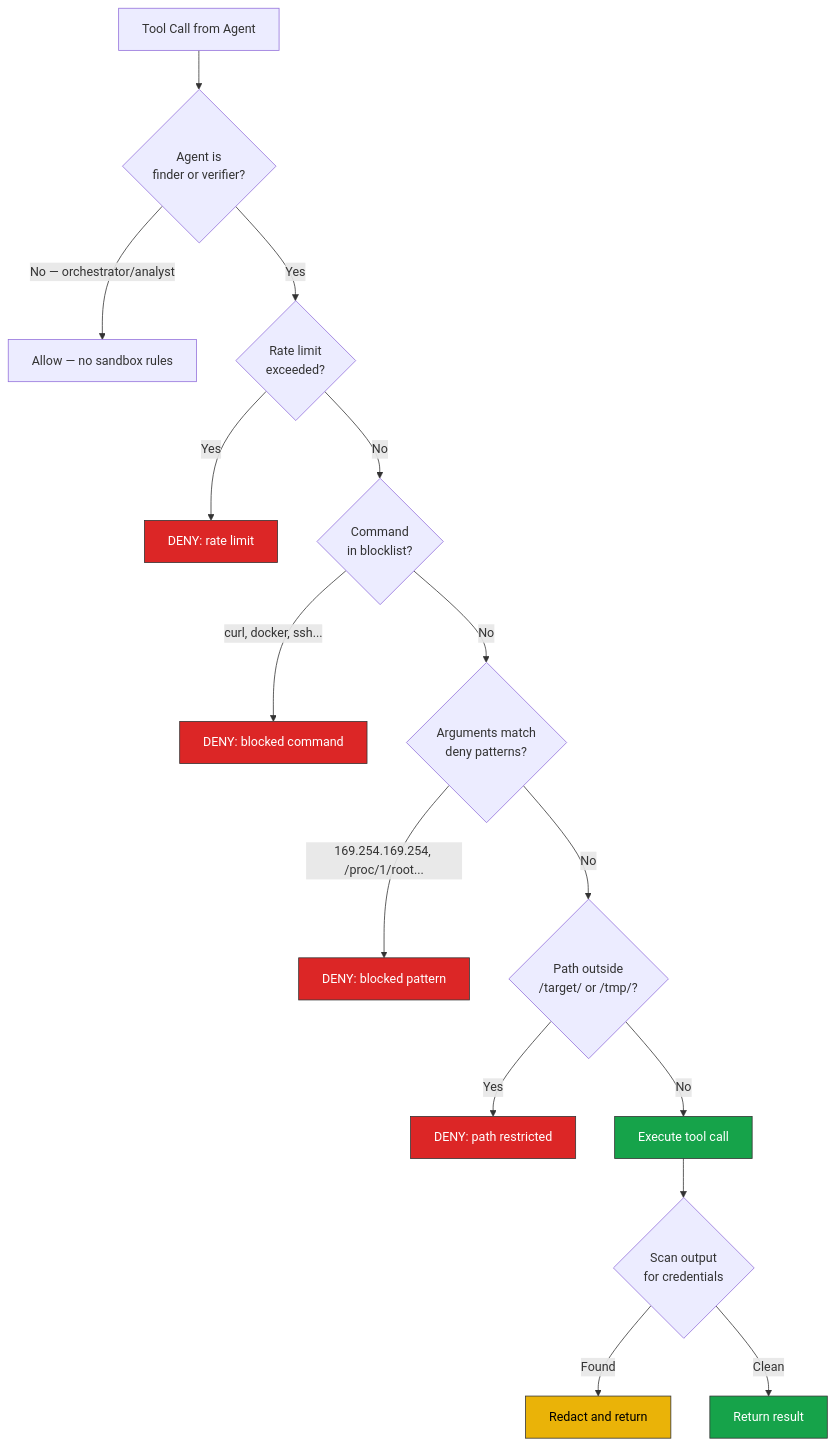
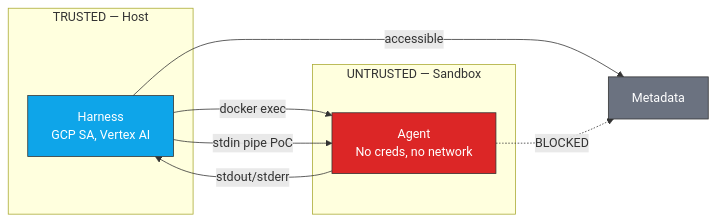
The fifth of 6 diagrams in agentic-harness/FLOW.md (prashantkul/anthropic-mythos-on-gcp), drawn with Mermaid before and after one commit. The commit also changed other lines of this file and 7 other files, not shown here.

First line of the commit message:
Merge HARNESS-DESIGN into FLOW.md, consistent structure across harnesses

````diff
--- a/agentic-harness/FLOW.md
+++ b/agentic-harness/FLOW.md
@@ -210,31 +153,20 @@
 ```mermaid
-graph TB
-    CALL[Tool Call from Agent] --> CHECK_AGENT{Agent is\nfinder or verifier?}
+graph LR
+    subgraph "TRUSTED — Host"
+        H[Harness\nGCP SA, Vertex AI]
+    end
+    subgraph "UNTRUSTED — Sandbox"
+        S[Agent\nNo creds, no network]
+    end
 
-    CHECK_AGENT -->|No — orchestrator/analyst| ALLOW[Allow — no sandbox rules]
-    CHECK_AGENT -->|Yes| CHECK_RATE{Rate limit\nexceeded?}
+    H -->|docker exec| S
+    S -->|stdout/stderr| H
+    H -->|stdin pipe PoC| S
 
-    CHECK_RATE -->|Yes| DENY1[DENY: rate limit]
-    CHECK_RATE -->|No| CHECK_CMD{Command\nin blocklist?}
+    H -->|accessible| META[Metadata]
+    S -.->|BLOCKED| META
 
-    CHECK_CMD -->|curl, docker, ssh...| DENY2[DENY: blocked command]
-    CHECK_CMD -->|No| CHECK_ARGS{Arguments match\ndeny patterns?}
-
-    CHECK_ARGS -->|169.254.169.254, /proc/1/root...| DENY3[DENY: blocked pattern]
-    CHECK_ARGS -->|No| CHECK_PATH{Path outside\n/target/ or /tmp/?}
-
-    CHECK_PATH -->|Yes| DENY4[DENY: path restricted]
-    CHECK_PATH -->|No| EXEC[Execute tool call]
-
-    EXEC --> SCAN{Scan output\nfor credentials}
-    SCAN -->|Found| REDACT[Redact and return]
-    SCAN -->|Clean| RETURN[Return result]
-
-    style DENY1 fill:#dc2626,stroke:#333,color:#fff
-    style DENY2 fill:#dc2626,stroke:#333,color:#fff
-    style DENY3 fill:#dc2626,stroke:#333,color:#fff
-    style DENY4 fill:#dc2626,stroke:#333,color:#fff
-    style REDACT fill:#eab308,stroke:#333,color:#000
-    style EXEC fill:#16a34a,stroke:#333,color:#fff
-    style RETURN fill:#16a34a,stroke:#333,color:#fff
+    style H fill:#0ea5e9,stroke:#333,color:#fff
+    style S fill:#dc2626,stroke:#333,color:#fff
+    style META fill:#6b7280,stroke:#333,color:#fff
 ```
````
